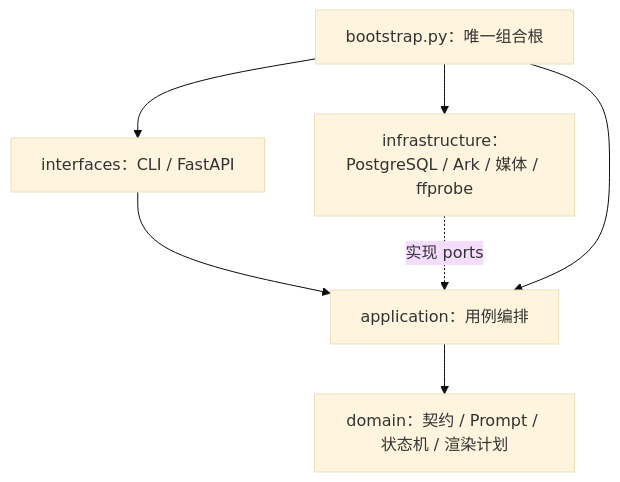
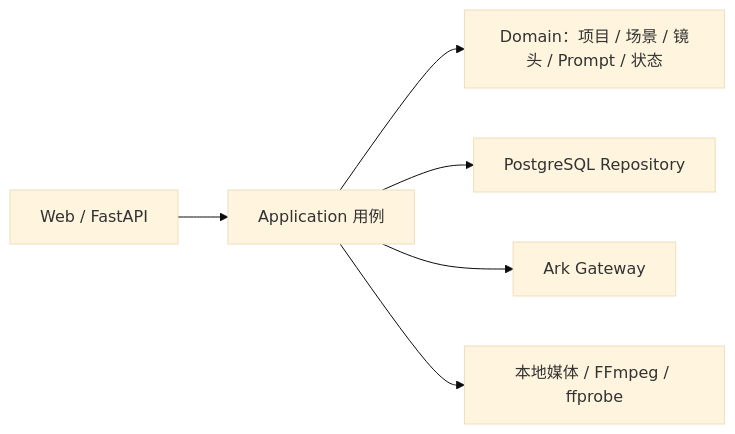
The diagram in docs/architecture/ADR-001-explicit-workflow.md (ylqit/cat-video-generator), drawn with Mermaid (base theme) before and after one commit. The commit also changed other lines of this file and 123 other files, not shown here.

````diff
--- a/docs/architecture/ADR-001-explicit-workflow.md
+++ b/docs/architecture/ADR-001-explicit-workflow.md
@@ -11,9 +10,8 @@
 ```mermaid
-flowchart TB
-  I["interfaces：CLI / FastAPI"] --> A["application：用例编排"]
-  A --> D["domain：契约 / Prompt / 状态机 / 渲染计划"]
-  X["infrastructure：PostgreSQL / Ark / 媒体 / ffprobe"] -. "实现 ports" .-> A
-  B["bootstrap.py：唯一组合根"] --> I
-  B --> A
-  B --> X
+flowchart LR
+  W["Web / FastAPI"] --> A["Application 用例"]
+  A --> D["Domain：项目 / 场景 / 镜头 / Prompt / 状态"]
+  A --> P["PostgreSQL Repository"]
+  A --> K["Ark Gateway"]
+  A --> M["本地媒体 / FFmpeg / ffprobe"]
 ```
````
